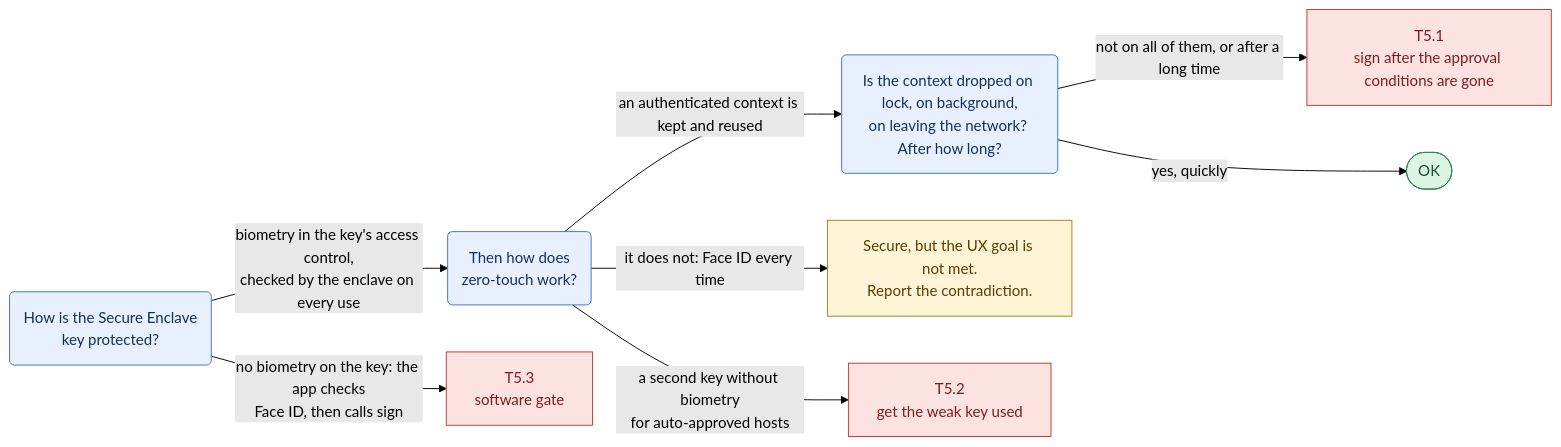
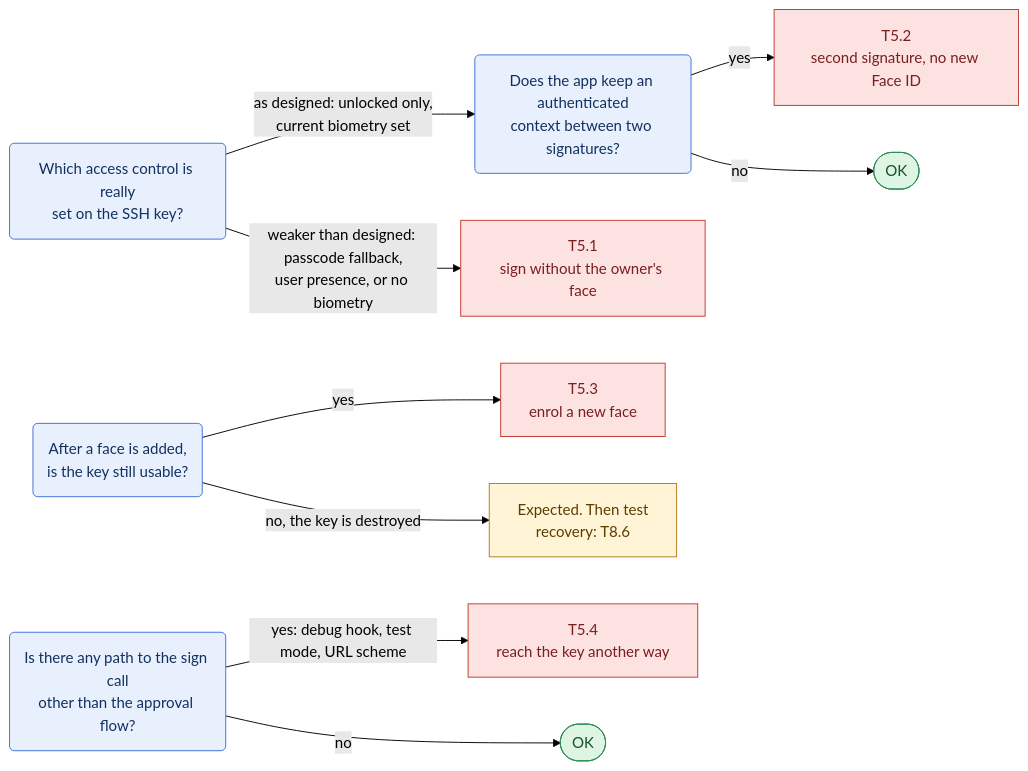
Before and after one commit to Samylay/sentry-key: diagram 12 of 17 in docs/red-team/README.md, drawn with Mermaid (forest theme). The commit also changed other lines of this file and 1 other file, not shown here.

First line of the commit message:
Align red team guide with docs/ARCHITECTURE.md (prompt P-007)

````diff
--- a/docs/red-team/README.md
+++ b/docs/red-team/README.md
@@ -525,17 +512,19 @@
 ```mermaid
 flowchart LR
   classDef q fill:#e8f0fe,stroke:#3b6fd4,color:#12305f
   classDef atk fill:#fde2e2,stroke:#c0392b,color:#7b1e1e
   classDef ok fill:#dff5e3,stroke:#2e8b57,color:#14532d
   classDef note fill:#fff4d6,stroke:#b7791f,color:#5c3d00
-  q1("How is the Secure Enclave<br/>key protected?"):::q
-  q2("Then how does<br/>zero-touch work?"):::q
-  q3("Is the context dropped on lock, on background,<br/>on leaving the network? After how long?"):::q
-  q1 -->|"biometry in the key's access control,<br/>checked by the enclave on every use"| q2
-  q1 -->|"no biometry on the key: the app checks<br/>Face ID, then calls sign"| a3["T5.3<br/>software gate"]:::atk
-  q2 -->|"it does not: Face ID every time"| n1["Secure, but the UX goal is not met.<br/>Report the contradiction."]:::note
-  q2 -->|"an authenticated context is kept and reused"| q3
-  q2 -->|"a second key without biometry<br/>for auto-approved hosts"| a2["T5.2<br/>get the weak key used"]:::atk
-  q3 -->|"not on all of them, or after a long time"| a1["T5.1<br/>sign after the approval conditions are gone"]:::atk
-  q3 -->|"yes, quickly"| ok1(["OK"]):::ok
+  q1("Which access control is really<br/>set on the SSH key?"):::q
+  q2("Does the app keep an authenticated<br/>context between two signatures?"):::q
+  q3("After a face is added,<br/>is the key still usable?"):::q
+  q4("Is there any path to the sign call<br/>other than the approval flow?"):::q
+  q1 -->|"weaker than designed: passcode fallback,<br/>user presence, or no biometry"| a1["T5.1<br/>sign without the owner's face"]:::atk
+  q1 -->|"as designed: unlocked only,<br/>current biometry set"| q2
+  q2 -->|"yes"| a2["T5.2<br/>second signature, no new Face ID"]:::atk
+  q2 -->|"no"| ok1(["OK"]):::ok
+  q3 -->|"yes"| a3["T5.3<br/>enrol a new face"]:::atk
+  q3 -->|"no, the key is destroyed"| n1["Expected. Then test<br/>recovery: T8.6"]:::note
+  q4 -->|"yes: debug hook, test mode, URL scheme"| a4["T5.4<br/>reach the key another way"]:::atk
+  q4 -->|"no"| ok2(["OK"]):::ok
 ```
````
